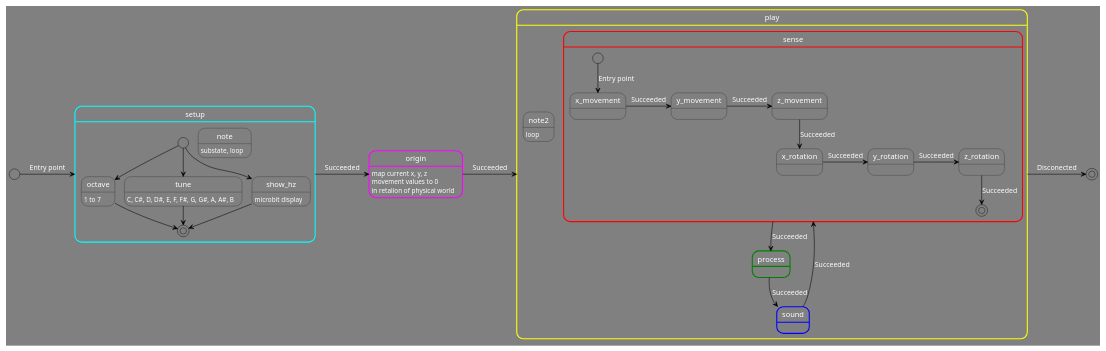
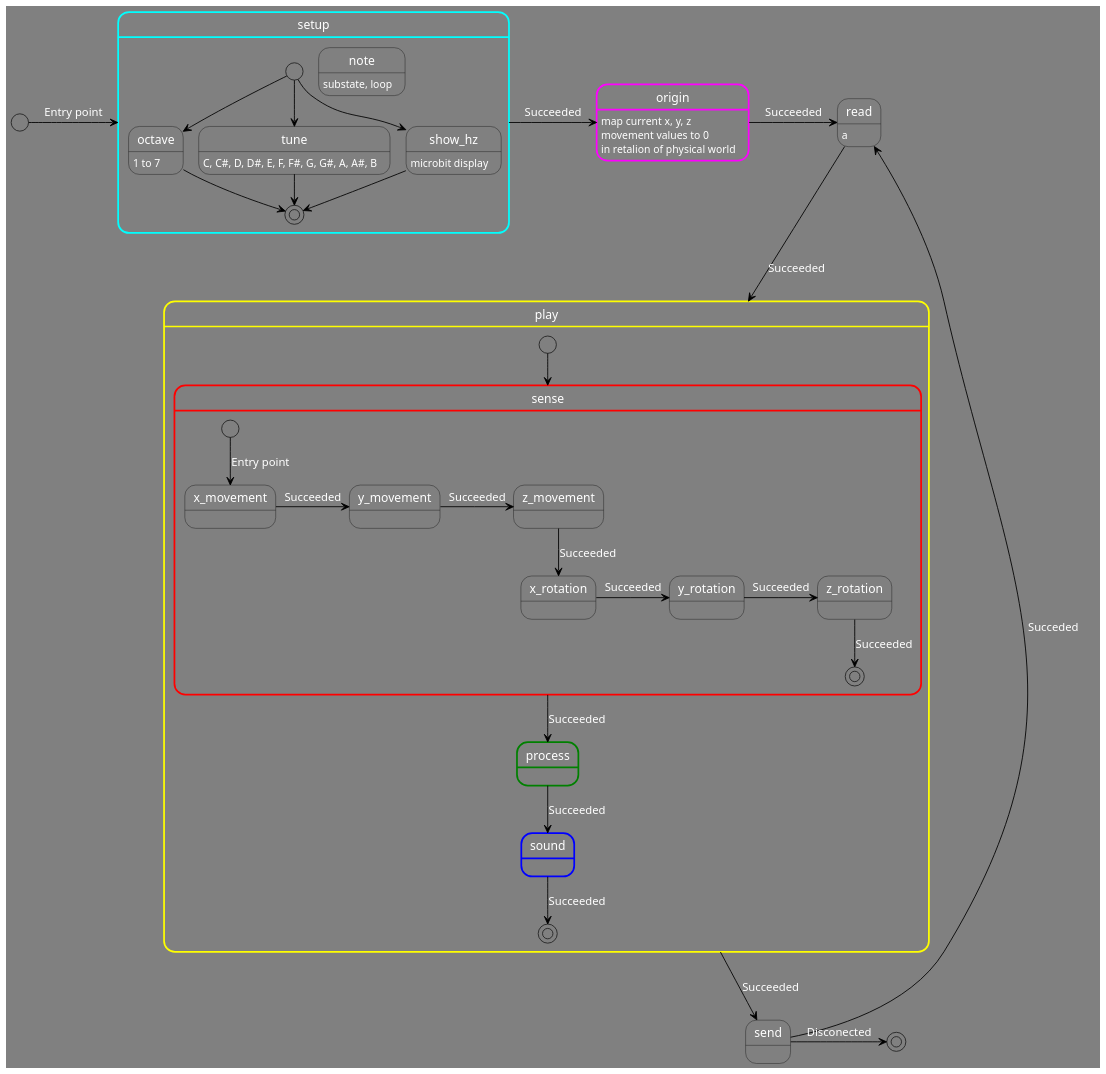
Before and after one commit to jfUPB/bitacorassfi12024-10-LemurWater: the diagram in Unidad3/puml/state_machine.puml, drawn with PlantUML.

Commit message:
state machine update

```diff
--- a/Unidad3/puml/state_machine.puml
+++ b/Unidad3/puml/state_machine.puml
@@ -1,82 +1,89 @@
 @startuml
 
 scale 1920 width
 
 <style>
 stateDiagram {
   BackgroundColor grey
   'LineColor white
   FontName Impact
   FontColor white
   arrow {
     FontSize 13
     LineColor black
   }
 }
 </style>
 
 
 
 [*] -> setup : Entry point
 
 state setup ##[bold]cyan {
     [*] --> octave
     note: substate, loop
     [*] --> tune
     [*] --> show_hz
 
     state octave {
         octave: 1 to 7
     }
     state tune {
         tune: C, C#, D, D#, E, F, F#, G, G#, A, A#, B
     }
     state show_hz {
     show_hz: microbit display
     }
 
 
     octave --> [*]
     tune --> [*]
     show_hz --> [*]
 
 }
 setup -> origin : Succeeded
 
 
 state origin ##[bold]magenta {
     origin: map current x, y, z
     origin: movement values to 0
     origin: in retalion of physical world
 }
-origin -> play : Succeeded
+origin -> read : Succeeded
 
-
+state read {
+ read: a
+}
+read --> play : Succeeded
 
 state play ##[bold]yellow {
-    note2: loop
+    [*] --> sense
     state sense ##[bold]red {
     [*] --> x_movement : Entry point
     x_movement -> y_movement: Succeeded
     y_movement -> z_movement: Succeeded
     z_movement --> x_rotation: Succeeded
     x_rotation -> y_rotation: Succeeded
     y_rotation -> z_rotation: Succeeded
     z_rotation --> [*]: Succeeded
     }
     sense --> process : Succeeded
  
 
     state process ##[bold]green {
     }
     process --> sound : Succeeded
  
 
     state sound ##[bold]blue {
     }
-    sound --> sense: Succeeded
+    sound --> [*]: Succeeded
 }
+play --> send : Succeeded
 
-play -> [*] : Disconected
+state send {
+}
+send -> read : Succeded
+send -> [*] : Disconected
 
 @enduml
```
